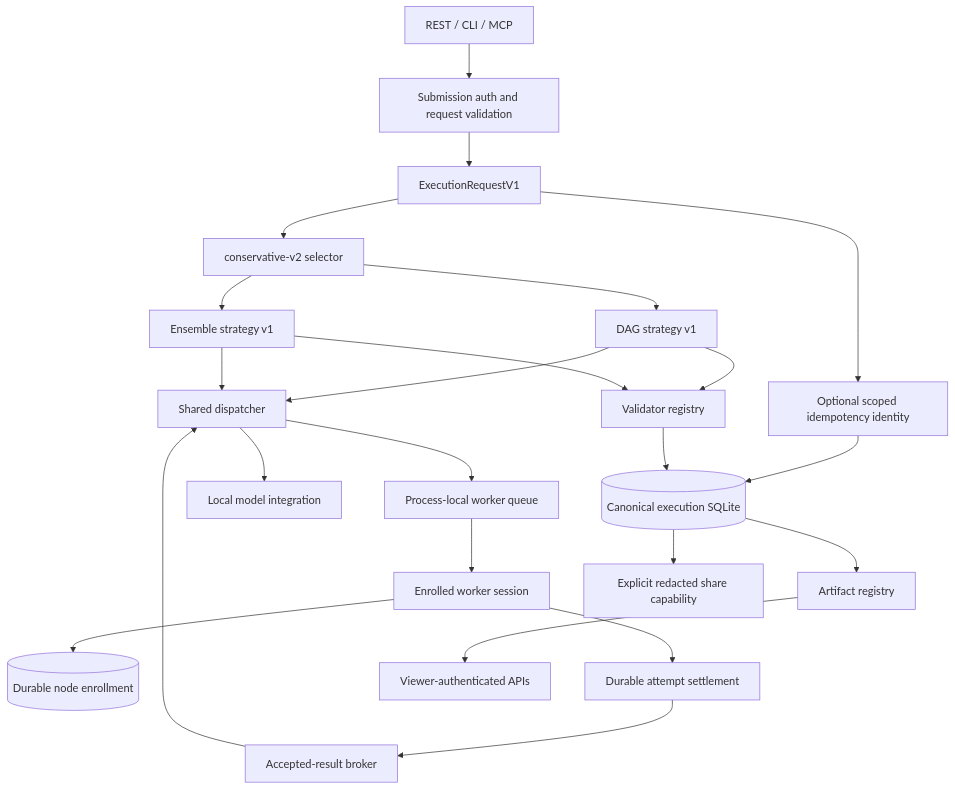
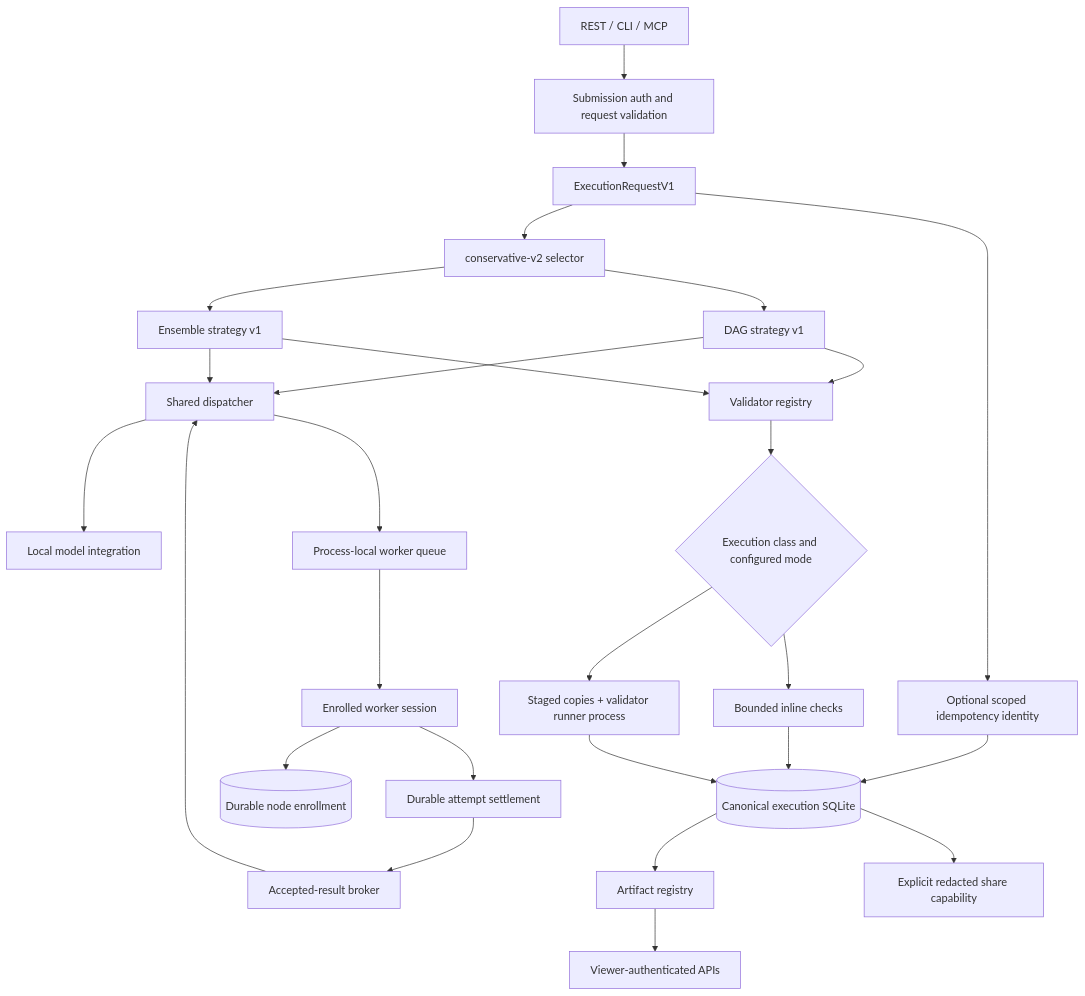
Before and after one commit to Jwrightsman/distributed-orchestrator: the first of 9 diagrams in docs/ARCHITECTURE.md, drawn with Mermaid. The commit also changed other lines of this file and 20 other files, not shown here.

````diff
--- a/docs/ARCHITECTURE.md
+++ b/docs/ARCHITECTURE.md
@@ -10,25 +10,29 @@
 ```mermaid
 flowchart TD
     C[REST / CLI / MCP] --> A[Submission auth and request validation]
     A --> R[ExecutionRequestV1]
     R --> I[Optional scoped idempotency identity]
     I --> P[(Canonical execution SQLite)]
     R --> S[conservative-v2 selector]
     S --> D[DAG strategy v1]
     S --> E[Ensemble strategy v1]
     D --> X[Shared dispatcher]
     E --> X
     X --> L[Local model integration]
     X --> Q[Process-local worker queue]
     Q --> W[Enrolled worker session]
     W --> N[(Durable node enrollment)]
     W --> T[Durable attempt settlement]
     T --> B[Accepted-result broker]
     B --> X
     D --> V[Validator registry]
     E --> V
-    V --> P
+    V --> M{Execution class and configured mode}
+    M --> J[Bounded inline checks]
+    M --> K[Staged copies + validator runner process]
+    J --> P
+    K --> P
     P --> F[Artifact registry]
     F --> G[Viewer-authenticated APIs]
     P --> H[Explicit redacted share capability]
 ```
````
